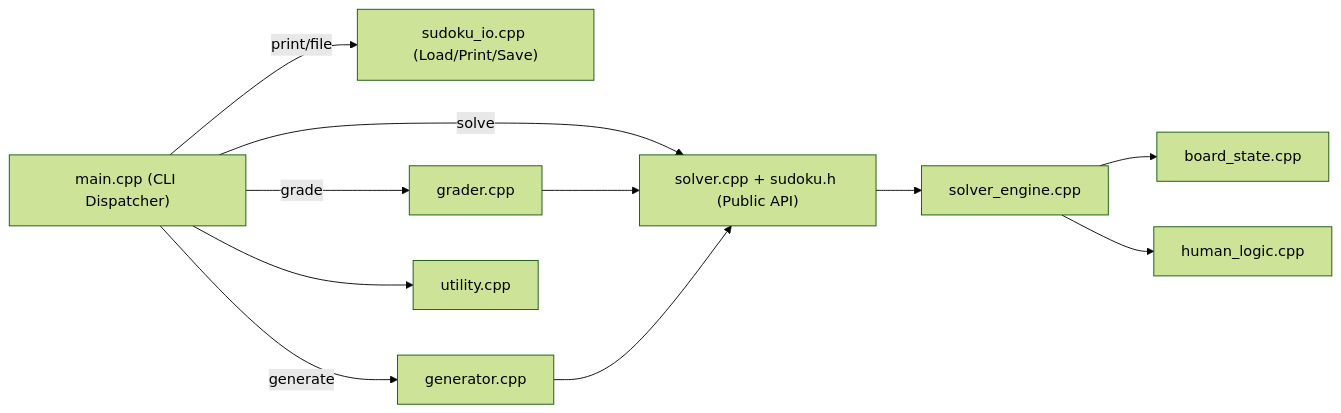
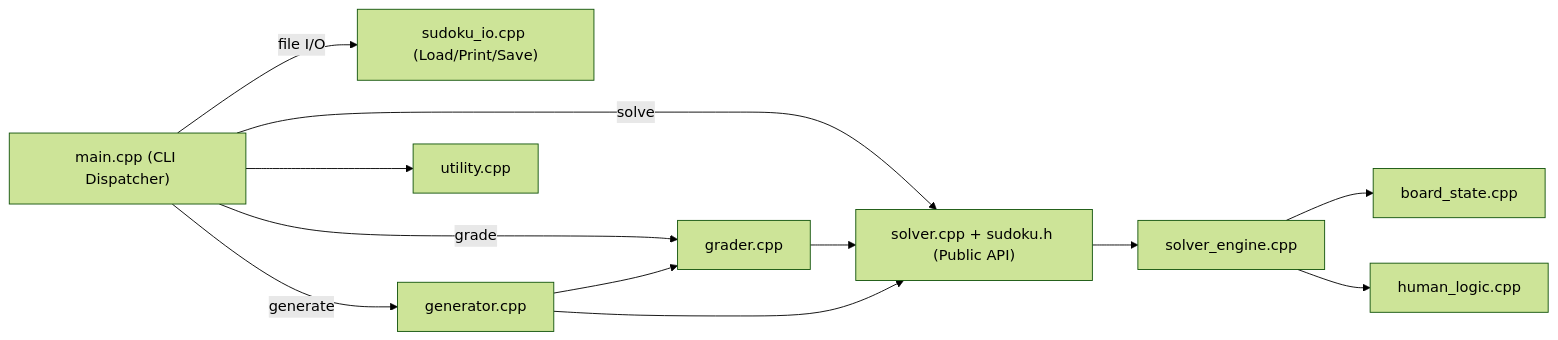
The diagram in docs/ARCHITECTURE.md (ariful59/Sudoku_Solver), drawn with Mermaid (forest theme) before and after one commit. The commit also changed other lines of this file and 5 other files, not shown here.

````diff
--- a/docs/ARCHITECTURE.md
+++ b/docs/ARCHITECTURE.md
@@ -21,24 +21,26 @@
 ```mermaid
 flowchart LR
   CLI["main.cpp (CLI Dispatcher)"]
   IO["sudoku_io.cpp (Load/Print/Save)"]
   API["solver.cpp + sudoku.h (Public API)"]
   GRADER["grader.cpp"]
   GENERATOR["generator.cpp"]
   ENGINE["solver_engine.cpp"]
   STATE["board_state.cpp"]
   HUMAN["human_logic.cpp"]
   UTIL["utility.cpp"]
 
-  CLI -->|"print/file"| IO
+  CLI -->|"file I/O"| IO
   CLI -->|"solve"| API
   CLI -->|"grade"| GRADER
   CLI -->|"generate"| GENERATOR
   CLI --> UTIL
 
   GRADER --> API
   GENERATOR --> API
+  GENERATOR --> GRADER
   API --> ENGINE
   ENGINE --> STATE
   ENGINE --> HUMAN
+
 ```
````
